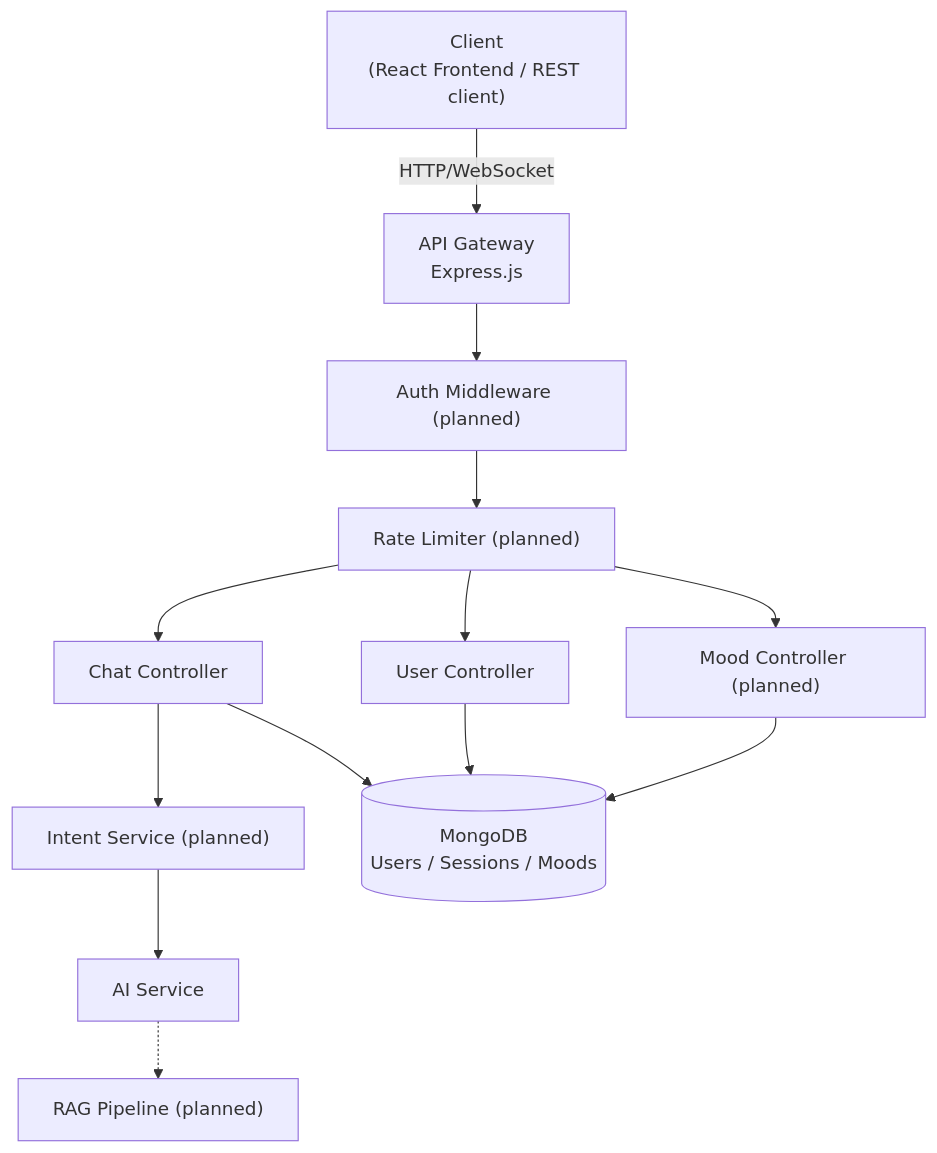
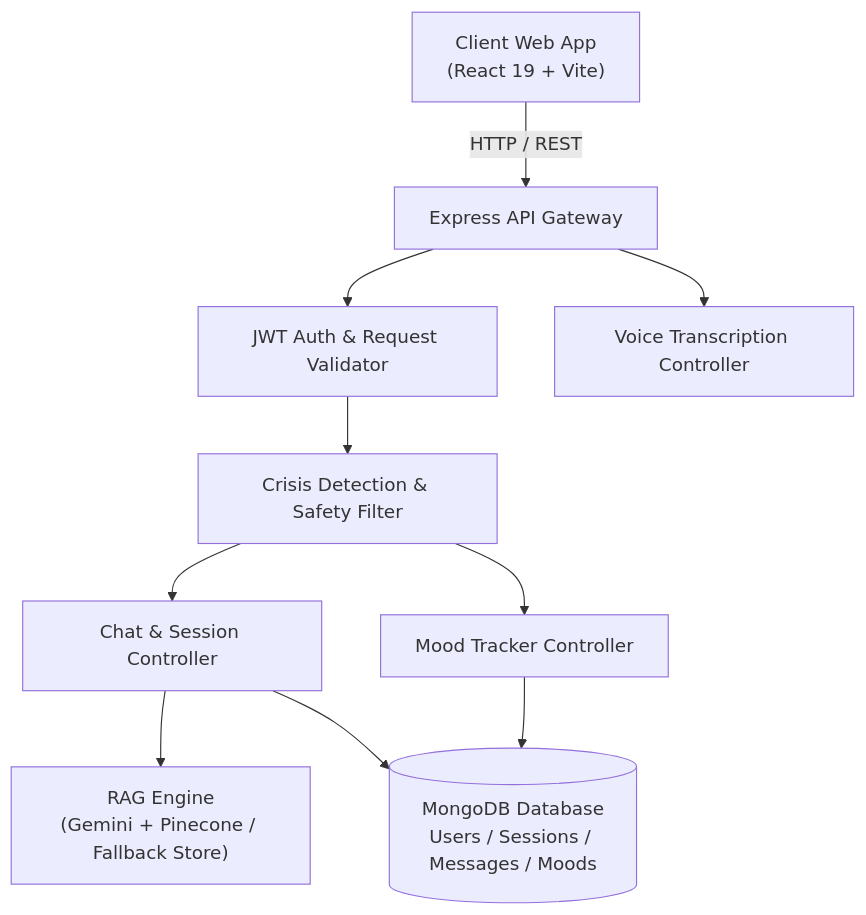
Before and after one commit to Babin123456/Mental_Health_Chatbot: the diagram in README.md, drawn with Mermaid. The commit also changed other lines of this file and 6 other files, not shown here.

````diff
--- a/README.md
+++ b/README.md
@@ -64,27 +45,22 @@
 ```mermaid
 graph TD
-    Client["Client<br/>(React Frontend / REST client)"]
-    Gateway["API Gateway<br/>Express.js"]
-    Auth["Auth Middleware (planned)"]
-    RateLimit["Rate Limiter (planned)"]
-    ChatCtrl["Chat Controller"]
-    UserCtrl["User Controller"]
-    MoodCtrl["Mood Controller (planned)"]
-    IntentSvc["Intent Service (planned)"]
-    AISvc["AI Service"]
-    RAG["RAG Pipeline (planned)"]
-    DB[("MongoDB<br/>Users / Sessions / Moods")]
+    Client["Client Web App<br/>(React 19 + Vite)"]
+    Gateway["Express API Gateway"]
+    Auth["JWT Auth & Request Validator"]
+    Crisis["Crisis Detection & Safety Filter"]
+    ChatCtrl["Chat & Session Controller"]
+    MoodCtrl["Mood Tracker Controller"]
+    VoiceCtrl["Voice Transcription Controller"]
+    RAG["RAG Engine<br/>(Gemini + Pinecone / Fallback Store)"]
+    MongoDB[("MongoDB Database<br/>Users / Sessions / Messages / Moods")]
 
-    Client -->|HTTP/WebSocket| Gateway
+    Client -->|HTTP / REST| Gateway
     Gateway --> Auth
-    Auth --> RateLimit
-    RateLimit --> ChatCtrl
-    RateLimit --> UserCtrl
-    RateLimit --> MoodCtrl
-    ChatCtrl --> IntentSvc
-    IntentSvc --> AISvc
-    AISvc -.-> RAG
-    ChatCtrl --> DB
-    UserCtrl --> DB
-    MoodCtrl --> DB
+    Auth --> Crisis
+    Crisis --> ChatCtrl
+    Crisis --> MoodCtrl
+    Gateway --> VoiceCtrl
+    ChatCtrl --> RAG
+    ChatCtrl --> MongoDB
+    MoodCtrl --> MongoDB
 ```
````
